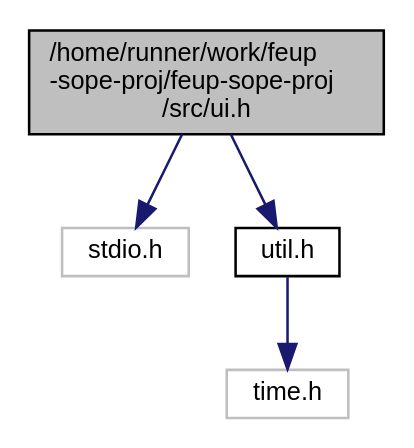
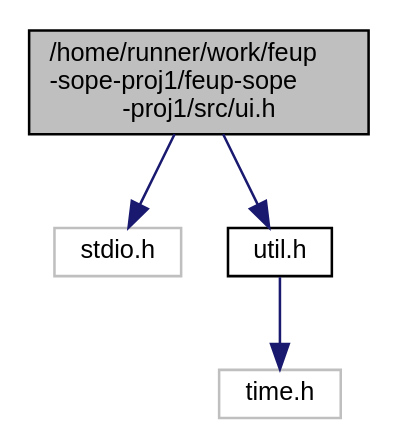
The diagram in ui_8h__incl.dot (ctrlMarcio/feup-sope-proj), drawn with Graphviz before and after one commit. The commit also changed 25 other files, not shown here.

```diff
--- a/ui_8h__incl.dot
+++ b/ui_8h__incl.dot
@@ -1,12 +1,12 @@
-digraph "/home/runner/work/feup-sope-proj/feup-sope-proj/src/ui.h"
+digraph "/home/runner/work/feup-sope-proj1/feup-sope-proj1/src/ui.h"
 {
   edge [fontname="Helvetica",fontsize="10",labelfontname="Helvetica",labelfontsize="10"];
   node [fontname="Helvetica",fontsize="10",shape=record];
-  Node0 [label="/home/runner/work/feup\l-sope-proj/feup-sope-proj\l/src/ui.h",height=0.2,width=0.4,color="black", fillcolor="grey75", style="filled", fontcolor="black"];
+  Node0 [label="/home/runner/work/feup\l-sope-proj1/feup-sope\l-proj1/src/ui.h",height=0.2,width=0.4,color="black", fillcolor="grey75", style="filled", fontcolor="black"];
   Node0 -> Node1 [color="midnightblue",fontsize="10",style="solid",fontname="Helvetica"];
   Node1 [label="stdio.h",height=0.2,width=0.4,color="grey75", fillcolor="white", style="filled"];
   Node0 -> Node2 [color="midnightblue",fontsize="10",style="solid",fontname="Helvetica"];
   Node2 [label="util.h",height=0.2,width=0.4,color="black", fillcolor="white", style="filled",URL="$util_8h.html",tooltip="Holds important extra structs and functions. "];
   Node2 -> Node3 [color="midnightblue",fontsize="10",style="solid",fontname="Helvetica"];
   Node3 [label="time.h",height=0.2,width=0.4,color="grey75", fillcolor="white", style="filled"];
 }
```
